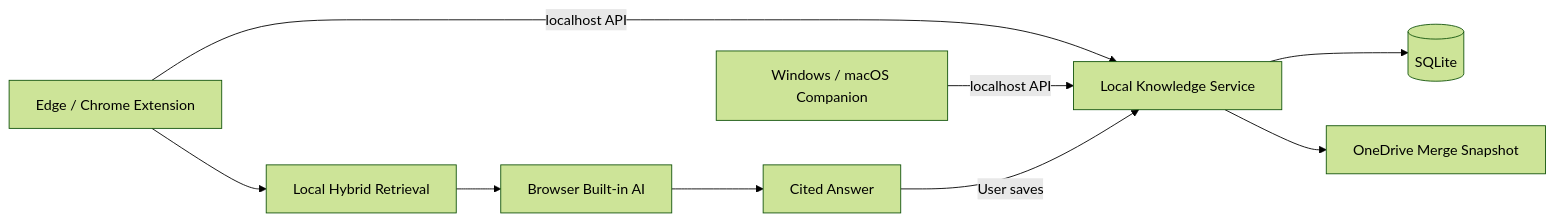
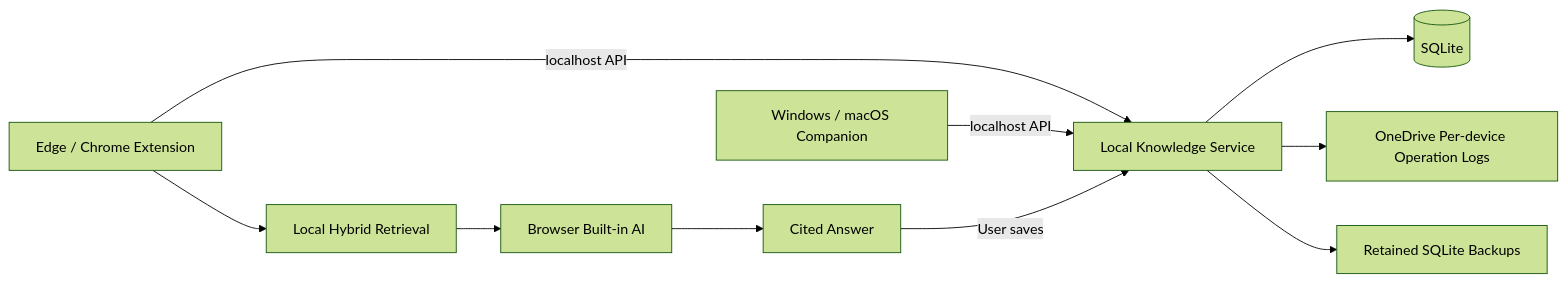
Before and after one commit to lindaf0617-hub/ai-knowledge-inbox: the diagram in PROJECT_RECORD.md, drawn with Mermaid (forest theme). The commit also changed other lines of this file and 7 other files, not shown here.

First line of the commit message:
Harden OneDrive sync and recovery

````diff
--- a/PROJECT_RECORD.md
+++ b/PROJECT_RECORD.md
@@ -122,11 +132,12 @@
 ```mermaid
 flowchart LR
     A[Edge / Chrome Extension] -->|localhost API| C[Local Knowledge Service]
     B[Windows / macOS Companion] -->|localhost API| C
     C --> D[(SQLite)]
-    C --> E[OneDrive Merge Snapshot]
+    C --> E[OneDrive Per-device Operation Logs]
+    C --> I[Retained SQLite Backups]
     A --> F[Local Hybrid Retrieval]
     F --> G[Browser Built-in AI]
     G --> H[Cited Answer]
     H -->|User saves| C
 ```
````
